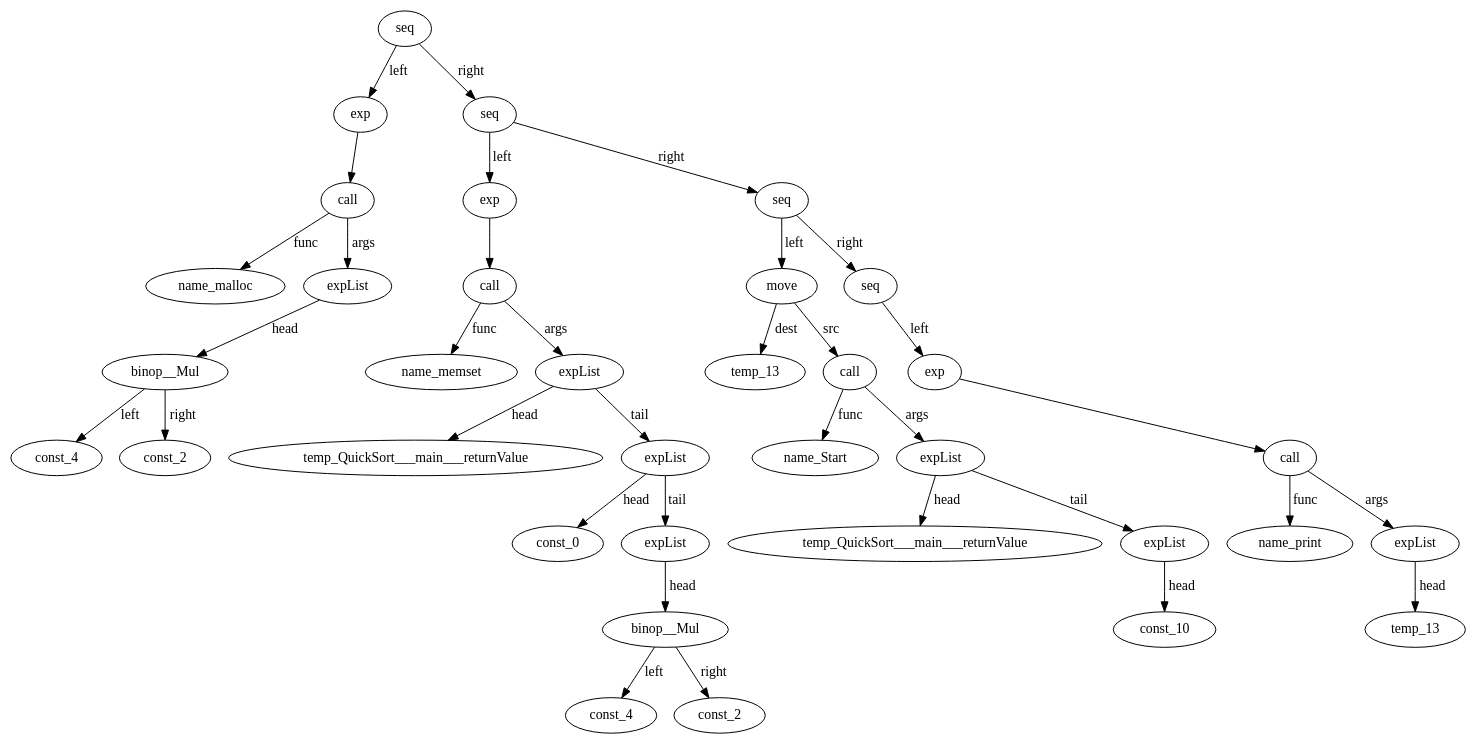
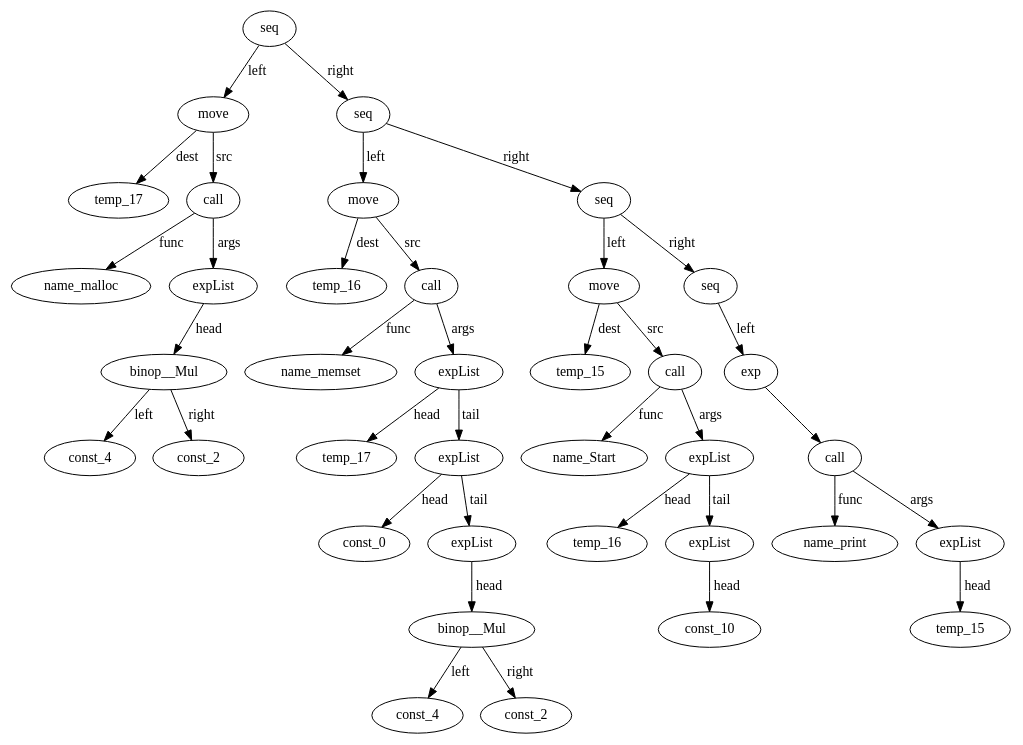
The diagram in Compiler/Compiler/IRTree_QuickSort___main.dot (AnnaSavinova/GirlsHeapCompiler), drawn with Graphviz before and after one commit. The commit also changed 3 other files, not shown here.

```diff
--- a/Compiler/Compiler/IRTree_QuickSort___main.dot
+++ b/Compiler/Compiler/IRTree_QuickSort___main.dot
@@ -1,72 +1,76 @@
 digraph {
-name_malloc__id_0 [ label="name_malloc" ]; 
-const_4__id_1 [ label="const_4" ]; 
-const_2__id_2 [ label="const_2" ]; 
-binop__Mul__id_3 [ label="binop__Mul" ]; 
-binop__Mul__id_3 -> const_2__id_2 [ label="right"] ; 
-binop__Mul__id_3 -> const_4__id_1 [ label="left"] ; 
-expList__id_4 [ label="expList" ]; 
-expList__id_4 -> binop__Mul__id_3 [ label="head"] ; 
-call__id_5 [ label="call" ]; 
-call__id_5 -> name_malloc__id_0 [ label="func"] ; 
-call__id_5 -> expList__id_4 [ label="args"] ; 
-exp__id_6 [ label="exp" ]; 
-exp__id_6 -> call__id_5 ; 
-name_memset__id_7 [ label="name_memset" ]; 
-temp_QuickSort___main___returnValue__id_8 [ label="temp_QuickSort___main___returnValue" ]; 
-const_0__id_9 [ label="const_0" ]; 
-const_4__id_10 [ label="const_4" ]; 
-const_2__id_11 [ label="const_2" ]; 
-binop__Mul__id_12 [ label="binop__Mul" ]; 
-binop__Mul__id_12 -> const_2__id_11 [ label="right"] ; 
-binop__Mul__id_12 -> const_4__id_10 [ label="left"] ; 
-expList__id_13 [ label="expList" ]; 
-expList__id_13 -> binop__Mul__id_12 [ label="head"] ; 
-expList__id_14 [ label="expList" ]; 
-expList__id_14 -> const_0__id_9 [ label="head"] ; 
-expList__id_14 -> expList__id_13 [ label="tail"] ; 
+temp_17__id_0 [ label="temp_17" ]; 
+name_malloc__id_1 [ label="name_malloc" ]; 
+const_4__id_2 [ label="const_4" ]; 
+const_2__id_3 [ label="const_2" ]; 
+binop__Mul__id_4 [ label="binop__Mul" ]; 
+binop__Mul__id_4 -> const_2__id_3 [ label="right"] ; 
+binop__Mul__id_4 -> const_4__id_2 [ label="left"] ; 
+expList__id_5 [ label="expList" ]; 
+expList__id_5 -> binop__Mul__id_4 [ label="head"] ; 
+call__id_6 [ label="call" ]; 
+call__id_6 -> name_malloc__id_1 [ label="func"] ; 
+call__id_6 -> expList__id_5 [ label="args"] ; 
+move__id_7 [ label="move" ]; 
+move__id_7 -> temp_17__id_0 [ label="dest"] ; 
+move__id_7 -> call__id_6 [ label="src"] ; 
+temp_16__id_8 [ label="temp_16" ]; 
+name_memset__id_9 [ label="name_memset" ]; 
+temp_17__id_10 [ label="temp_17" ]; 
+const_0__id_11 [ label="const_0" ]; 
+const_4__id_12 [ label="const_4" ]; 
+const_2__id_13 [ label="const_2" ]; 
+binop__Mul__id_14 [ label="binop__Mul" ]; 
+binop__Mul__id_14 -> const_2__id_13 [ label="right"] ; 
+binop__Mul__id_14 -> const_4__id_12 [ label="left"] ; 
 expList__id_15 [ label="expList" ]; 
-expList__id_15 -> temp_QuickSort___main___returnValue__id_8 [ label="head"] ; 
-expList__id_15 -> expList__id_14 [ label="tail"] ; 
-call__id_16 [ label="call" ]; 
-call__id_16 -> name_memset__id_7 [ label="func"] ; 
-call__id_16 -> expList__id_15 [ label="args"] ; 
-exp__id_17 [ label="exp" ]; 
-exp__id_17 -> call__id_16 ; 
-temp_13__id_18 [ label="temp_13" ]; 
-name_Start__id_19 [ label="name_Start" ]; 
-temp_QuickSort___main___returnValue__id_20 [ label="temp_QuickSort___main___returnValue" ]; 
-const_10__id_21 [ label="const_10" ]; 
-expList__id_22 [ label="expList" ]; 
-expList__id_22 -> const_10__id_21 [ label="head"] ; 
-expList__id_23 [ label="expList" ]; 
-expList__id_23 -> temp_QuickSort___main___returnValue__id_20 [ label="head"] ; 
-expList__id_23 -> expList__id_22 [ label="tail"] ; 
-call__id_24 [ label="call" ]; 
-call__id_24 -> name_Start__id_19 [ label="func"] ; 
-call__id_24 -> expList__id_23 [ label="args"] ; 
-move__id_25 [ label="move" ]; 
-move__id_25 -> temp_13__id_18 [ label="dest"] ; 
-move__id_25 -> call__id_24 [ label="src"] ; 
-name_print__id_26 [ label="name_print" ]; 
-temp_13__id_27 [ label="temp_13" ]; 
-expList__id_28 [ label="expList" ]; 
-expList__id_28 -> temp_13__id_27 [ label="head"] ; 
-call__id_29 [ label="call" ]; 
-call__id_29 -> name_print__id_26 [ label="func"] ; 
-call__id_29 -> expList__id_28 [ label="args"] ; 
-exp__id_30 [ label="exp" ]; 
-exp__id_30 -> call__id_29 ; 
-seq__id_31 [ label="seq" ]; 
-seq__id_31 -> exp__id_30 [ label="left"] ; 
-seq__id_32 [ label="seq" ]; 
-seq__id_32 -> move__id_25 [ label="left"] ; 
-seq__id_32 -> seq__id_31 [ label="right"] ; 
+expList__id_15 -> binop__Mul__id_14 [ label="head"] ; 
+expList__id_16 [ label="expList" ]; 
+expList__id_16 -> const_0__id_11 [ label="head"] ; 
+expList__id_16 -> expList__id_15 [ label="tail"] ; 
+expList__id_17 [ label="expList" ]; 
+expList__id_17 -> temp_17__id_10 [ label="head"] ; 
+expList__id_17 -> expList__id_16 [ label="tail"] ; 
+call__id_18 [ label="call" ]; 
+call__id_18 -> name_memset__id_9 [ label="func"] ; 
+call__id_18 -> expList__id_17 [ label="args"] ; 
+move__id_19 [ label="move" ]; 
+move__id_19 -> temp_16__id_8 [ label="dest"] ; 
+move__id_19 -> call__id_18 [ label="src"] ; 
+temp_15__id_20 [ label="temp_15" ]; 
+name_Start__id_21 [ label="name_Start" ]; 
+temp_16__id_22 [ label="temp_16" ]; 
+const_10__id_23 [ label="const_10" ]; 
+expList__id_24 [ label="expList" ]; 
+expList__id_24 -> const_10__id_23 [ label="head"] ; 
+expList__id_25 [ label="expList" ]; 
+expList__id_25 -> temp_16__id_22 [ label="head"] ; 
+expList__id_25 -> expList__id_24 [ label="tail"] ; 
+call__id_26 [ label="call" ]; 
+call__id_26 -> name_Start__id_21 [ label="func"] ; 
+call__id_26 -> expList__id_25 [ label="args"] ; 
+move__id_27 [ label="move" ]; 
+move__id_27 -> temp_15__id_20 [ label="dest"] ; 
+move__id_27 -> call__id_26 [ label="src"] ; 
+name_print__id_28 [ label="name_print" ]; 
+temp_15__id_29 [ label="temp_15" ]; 
+expList__id_30 [ label="expList" ]; 
+expList__id_30 -> temp_15__id_29 [ label="head"] ; 
+call__id_31 [ label="call" ]; 
+call__id_31 -> name_print__id_28 [ label="func"] ; 
+call__id_31 -> expList__id_30 [ label="args"] ; 
+exp__id_32 [ label="exp" ]; 
+exp__id_32 -> call__id_31 ; 
 seq__id_33 [ label="seq" ]; 
-seq__id_33 -> exp__id_17 [ label="left"] ; 
-seq__id_33 -> seq__id_32 [ label="right"] ; 
+seq__id_33 -> exp__id_32 [ label="left"] ; 
 seq__id_34 [ label="seq" ]; 
-seq__id_34 -> exp__id_6 [ label="left"] ; 
+seq__id_34 -> move__id_27 [ label="left"] ; 
 seq__id_34 -> seq__id_33 [ label="right"] ; 
+seq__id_35 [ label="seq" ]; 
+seq__id_35 -> move__id_19 [ label="left"] ; 
+seq__id_35 -> seq__id_34 [ label="right"] ; 
+seq__id_36 [ label="seq" ]; 
+seq__id_36 -> move__id_7 [ label="left"] ; 
+seq__id_36 -> seq__id_35 [ label="right"] ; 
 
 }
```
